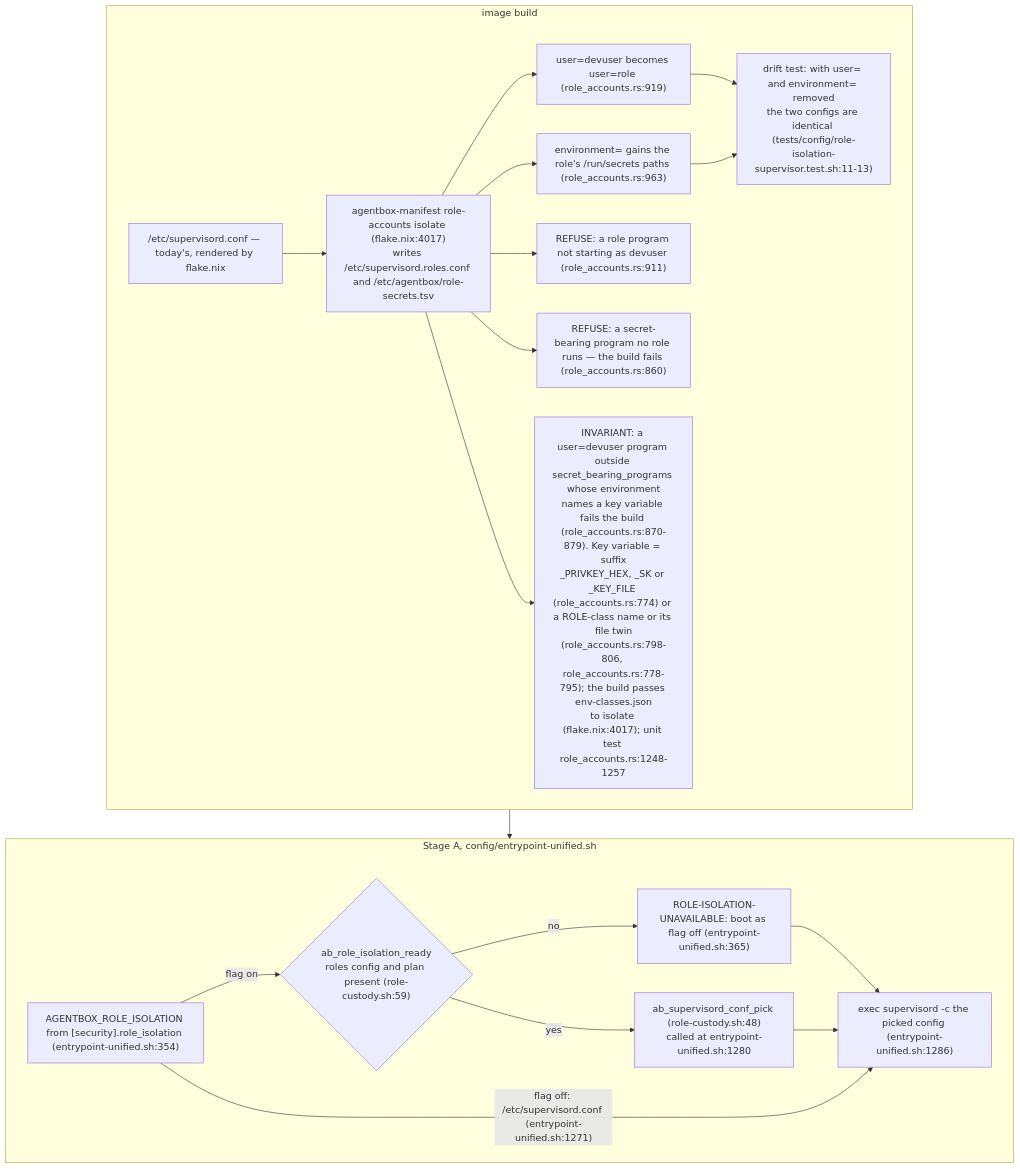
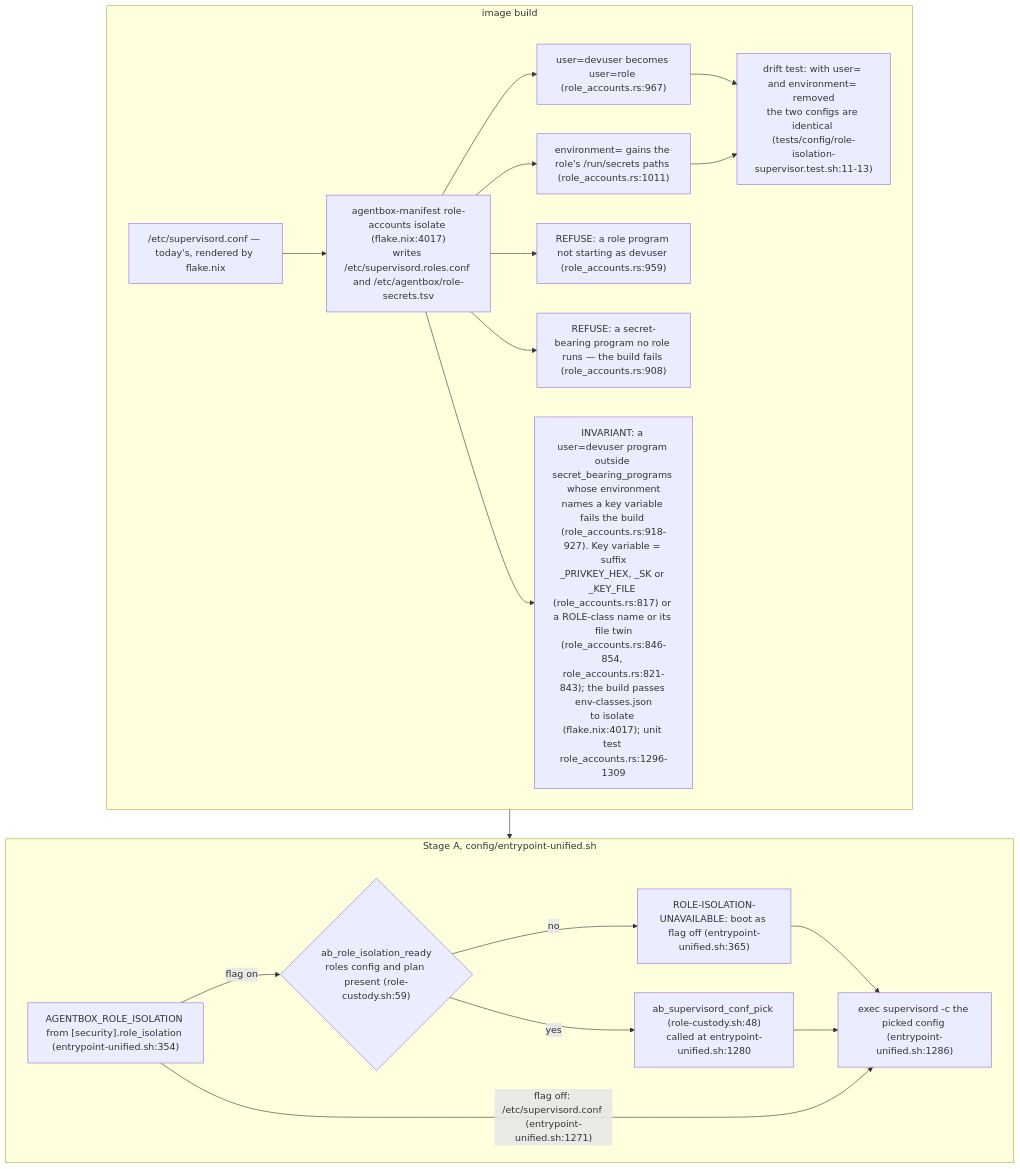
One commit to DreamLab-AI/VisionFlow changed the second of 7 diagrams in docs/diagrams/agentbox/36-role-isolation-and-identity-port.md. Above: the diagram before and after it, drawn with Mermaid. The commit also changed other lines of this file and 151 other files, not shown here.

````diff
--- a/docs/diagrams/agentbox/36-role-isolation-and-identity-port.md
+++ b/docs/diagrams/agentbox/36-role-isolation-and-identity-port.md
@@ -86,28 +86,28 @@
 ```mermaid
 flowchart TB
     subgraph BUILD["image build"]
         TODAY["/etc/supervisord.conf — today's, rendered by flake.nix"]
         ISO["agentbox-manifest role-accounts isolate (flake.nix:4017)<br/>writes /etc/supervisord.roles.conf and /etc/agentbox/role-secrets.tsv"]
         TODAY --> ISO
-        ISO --> R1["user=devuser becomes user=role (role_accounts.rs:919)"]
-        ISO --> R2["environment= gains the role's /run/secrets paths (role_accounts.rs:963)"]
-        ISO --> F1["REFUSE: a role program not starting as devuser (role_accounts.rs:911)"]
-        ISO --> F2["REFUSE: a secret-bearing program no role runs — the build fails (role_accounts.rs:860)"]
-        ISO --> F3["INVARIANT: a user=devuser program outside secret_bearing_programs whose environment<br/>names a key variable fails the build (role_accounts.rs:870-879). Key variable = suffix<br/>_PRIVKEY_HEX, _SK or _KEY_FILE (role_accounts.rs:774) or a ROLE-class name or its file twin<br/>(role_accounts.rs:798-806, role_accounts.rs:778-795); the build passes env-classes.json<br/>to isolate (flake.nix:4017); unit test role_accounts.rs:1248-1257"]
+        ISO --> R1["user=devuser becomes user=role (role_accounts.rs:967)"]
+        ISO --> R2["environment= gains the role's /run/secrets paths (role_accounts.rs:1011)"]
+        ISO --> F1["REFUSE: a role program not starting as devuser (role_accounts.rs:959)"]
+        ISO --> F2["REFUSE: a secret-bearing program no role runs — the build fails (role_accounts.rs:908)"]
+        ISO --> F3["INVARIANT: a user=devuser program outside secret_bearing_programs whose environment<br/>names a key variable fails the build (role_accounts.rs:918-927). Key variable = suffix<br/>_PRIVKEY_HEX, _SK or _KEY_FILE (role_accounts.rs:817) or a ROLE-class name or its file twin<br/>(role_accounts.rs:846-854, role_accounts.rs:821-843); the build passes env-classes.json<br/>to isolate (flake.nix:4017); unit test role_accounts.rs:1296-1309"]
         T["drift test: with user= and environment= removed<br/>the two configs are identical (tests/config/role-isolation-supervisor.test.sh:11-13)"]
         R1 --> T
         R2 --> T
     end
     subgraph BOOT["Stage A, config/entrypoint-unified.sh"]
         FLAG["AGENTBOX_ROLE_ISOLATION from [security].role_isolation (entrypoint-unified.sh:354)"]
         READY{"ab_role_isolation_ready<br/>roles config and plan present (role-custody.sh:59)"}
         UN["ROLE-ISOLATION-UNAVAILABLE: boot as flag off (entrypoint-unified.sh:365)"]
         PICK["ab_supervisord_conf_pick (role-custody.sh:48)<br/>called at entrypoint-unified.sh:1280"]
         EXEC["exec supervisord -c the picked config (entrypoint-unified.sh:1286)"]
         FLAG -->|"flag on"| READY
         READY -->|"no"| UN --> EXEC
         READY -->|"yes"| PICK --> EXEC
         FLAG -->|"flag off: /etc/supervisord.conf (entrypoint-unified.sh:1271)"| EXEC
     end
     BUILD --> BOOT
 ```
````
